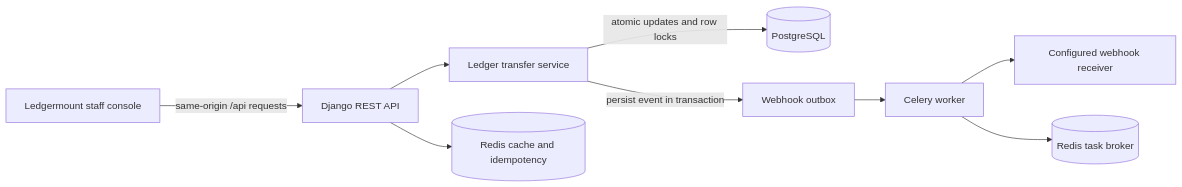
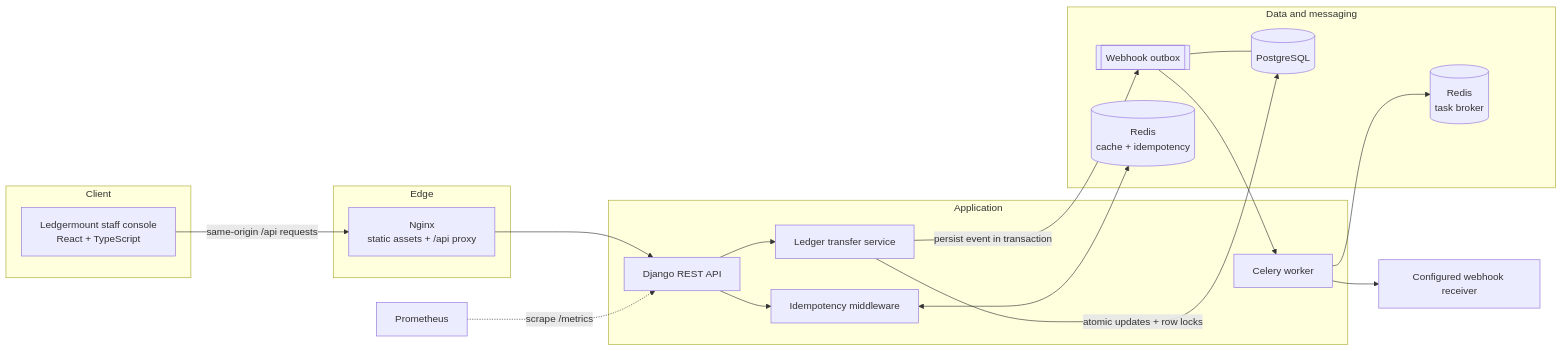
One commit to animshamura/Ledgermount changed the first of 11 diagrams in README.md. Above: the diagram before and after it, drawn with Mermaid. The commit also changed other lines of this file, not shown here.

````diff
--- a/README.md
+++ b/README.md
@@ -48,11 +141,40 @@
 ```mermaid
 flowchart LR
-    Browser[Ledgermount staff console] -->|same-origin /api requests| API[Django REST API]
-    API --> Service[Ledger transfer service]
-    Service -->|atomic updates and row locks| DB[(PostgreSQL)]
-    Service -->|persist event in transaction| Outbox[Webhook outbox]
-    Outbox --> Worker[Celery worker]
-    Worker --> Partner[Configured webhook receiver]
-    API --> Cache[(Redis cache and idempotency)]
-    Worker --> Broker[(Redis task broker)]
+    subgraph Client["Client"]
+        Browser["Ledgermount staff console<br/>React + TypeScript"]
+    end
+
+    subgraph Edge["Edge"]
+        Nginx["Nginx<br/>static assets + /api proxy"]
+    end
+
+    subgraph App["Application"]
+        API["Django REST API"]
+        Service["Ledger transfer service"]
+        Idem["Idempotency middleware"]
+        Worker["Celery worker"]
+    end
+
+    subgraph Data["Data and messaging"]
+        DB[("PostgreSQL")]
+        Outbox[["Webhook outbox"]]
+        Cache[("Redis<br/>cache + idempotency")]
+        Broker[("Redis<br/>task broker")]
+    end
+
+    Partner["Configured webhook receiver"]
+    Prom["Prometheus"]
+
+    Browser -->|"same-origin /api requests"| Nginx
+    Nginx --> API
+    API --> Idem
+    Idem <--> Cache
+    API --> Service
+    Service -->|"atomic updates + row locks"| DB
+    Service -->|"persist event in transaction"| Outbox
+    Outbox --- DB
+    Outbox --> Worker
+    Worker --> Broker
+    Worker --> Partner
+    Prom -.->|"scrape /metrics"| API
 ```
````
